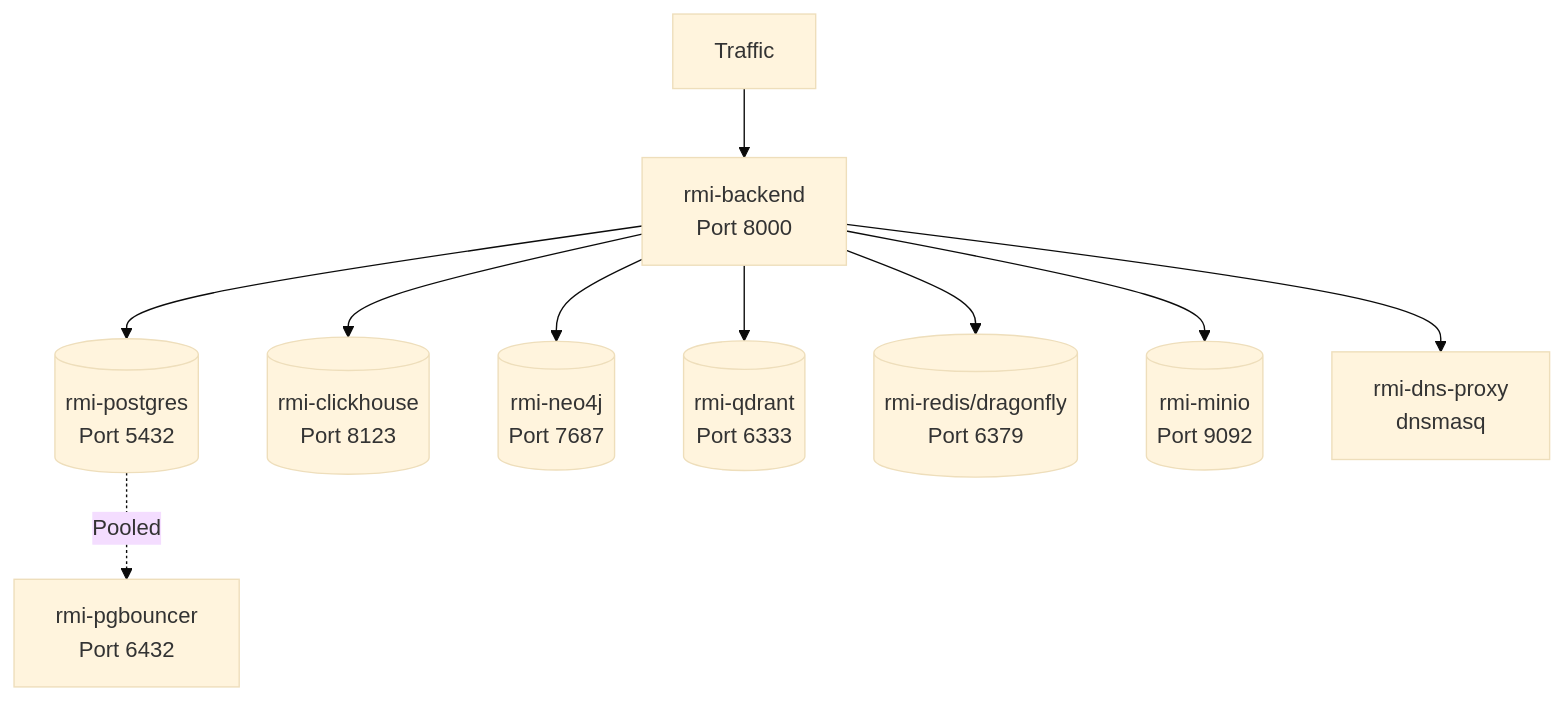
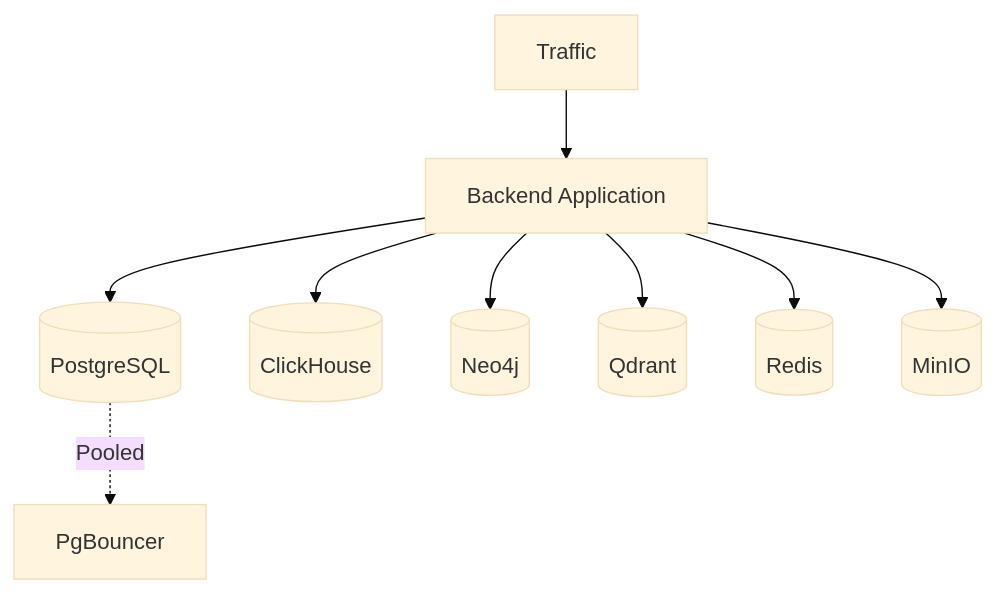
The diagram in docs/DEPLOYMENT.md (Rug-Munch-Media-LLC/rmi-backend), drawn with Mermaid (base theme) before and after one commit. The commit also changed other lines of this file and 8 other files, not shown here.

````diff
--- a/docs/DEPLOYMENT.md
+++ b/docs/DEPLOYMENT.md
@@ -12,13 +11,12 @@
 ```mermaid
 graph TB
-    LB[Traffic] --> RMI[rmi-backend<br/>Port 8000]
-    RMI --> PG[(rmi-postgres<br/>Port 5432)]
-    RMI --> CH[(rmi-clickhouse<br/>Port 8123)]
-    RMI --> NEO[(rmi-neo4j<br/>Port 7687)]
-    RMI --> QD[(rmi-qdrant<br/>Port 6333)]
-    RMI --> DRAG[(rmi-redis/dragonfly<br/>Port 6379)]
-    RMI --> MIN[(rmi-minio<br/>Port 9092)]
+    LB[Traffic] --> RMI[Backend Application]
+    RMI --> PG[(PostgreSQL)]
+    RMI --> CH[(ClickHouse)]
+    RMI --> NEO[(Neo4j)]
+    RMI --> QD[(Qdrant)]
+    RMI --> DRAG[(Redis)]
+    RMI --> MIN[(MinIO)]
     
-    PG -.->|Pooled| PGB[rmi-pgbouncer<br/>Port 6432]
-    RMI --> DNS[rmi-dns-proxy<br/>dnsmasq]
+    PG -.->|Pooled| PGB[PgBouncer]
 ```
````
